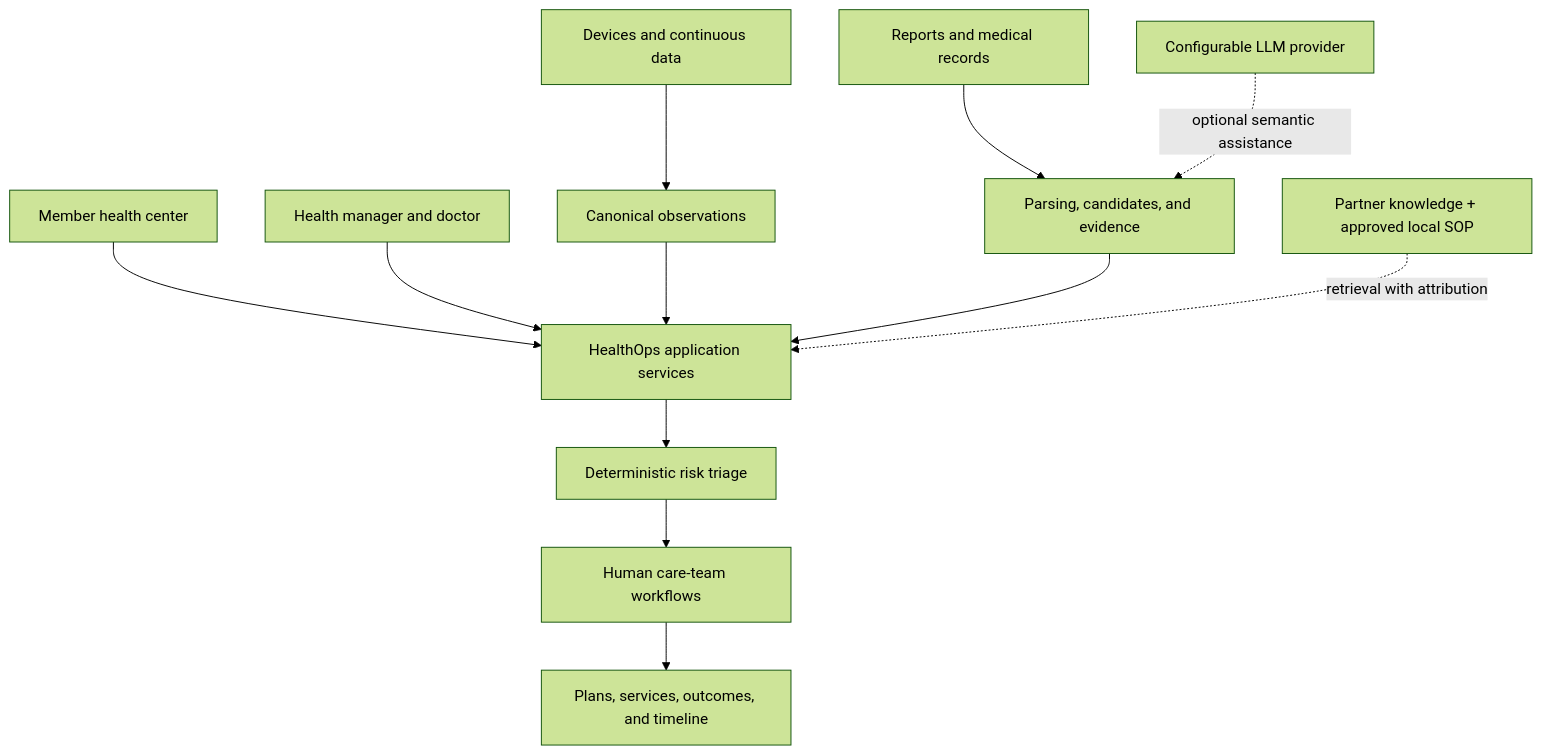
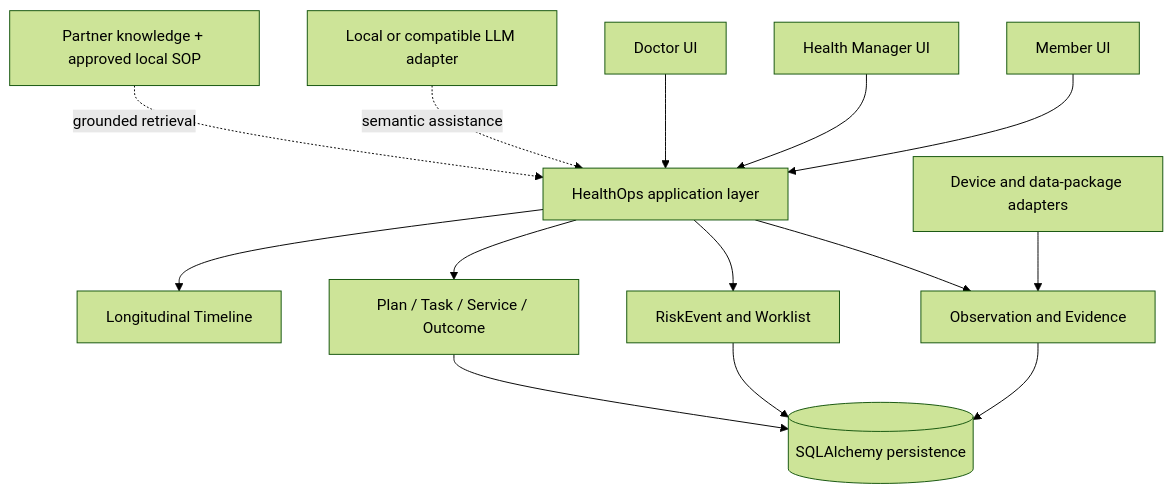
Before and after one commit to KaedeharaT/executive-healthops: the second of 2 diagrams in README.md, drawn with Mermaid (forest theme). The commit also changed other lines of this file and 4 other files, not shown here.

Commit message:
docs: refresh Executive HealthOps GitHub portfolio

````diff
--- a/README.md
+++ b/README.md
@@ -123,14 +125,19 @@
 ```mermaid
 flowchart TB
-    M[Member health center] --> P[HealthOps application services]
-    O[Health manager and doctor] --> P
-    D[Devices and continuous data] --> C[Canonical observations]
-    R[Reports and medical records] --> X[Parsing, candidates, and evidence]
-    L[Configurable LLM provider] -.optional semantic assistance.-> X
-    C --> P
-    X --> P
-    P --> K[Deterministic risk triage]
-    K --> W[Human care-team workflows]
-    W --> T[Plans, services, outcomes, and timeline]
-    N[Partner knowledge + approved local SOP] -.retrieval with attribution.-> P
+    M[Member UI] --> A[HealthOps application layer]
+    H[Health Manager UI] --> A
+    D[Doctor UI] --> A
+
+    A --> C[Observation and Evidence]
+    A --> R[RiskEvent and Worklist]
+    A --> W[Plan / Task / Service / Outcome]
+    A --> T[Longitudinal Timeline]
+
+    C --> DB[(SQLAlchemy persistence)]
+    R --> DB
+    W --> DB
+
+    AI[Local or compatible LLM adapter] -. semantic assistance .-> A
+    K[Partner knowledge + approved local SOP] -. grounded retrieval .-> A
+    V[Device and data-package adapters] --> C
 ```
````
